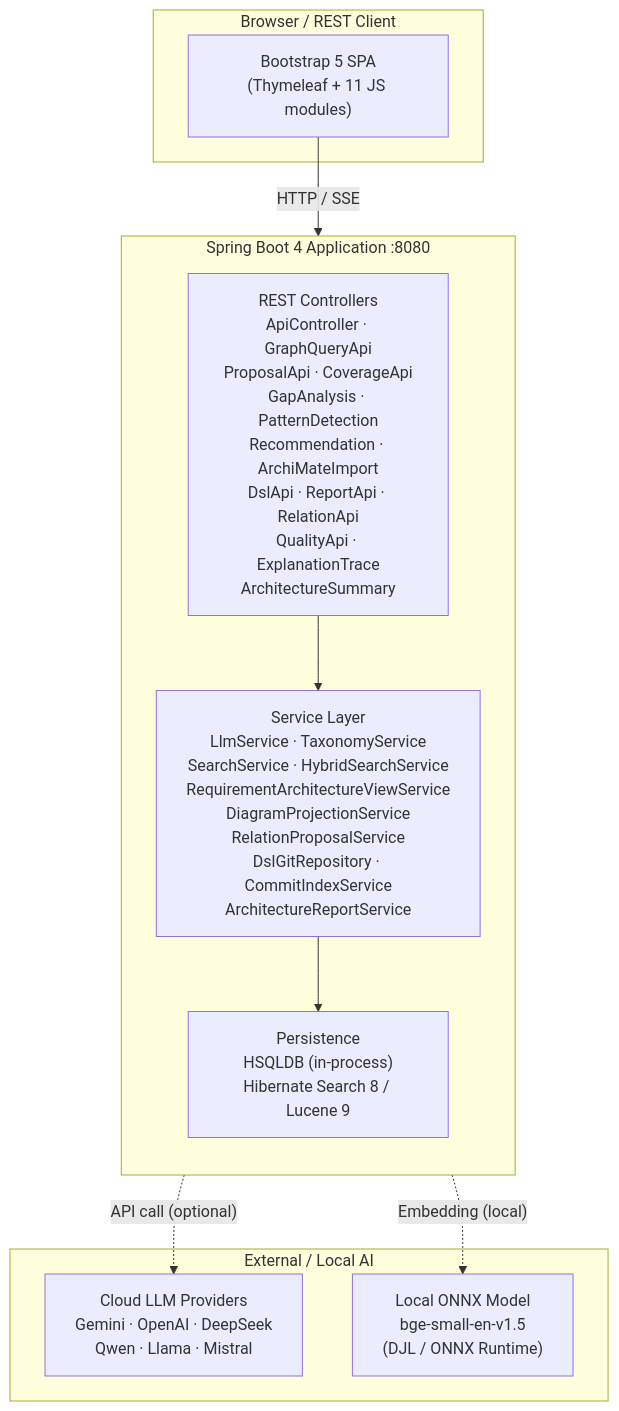
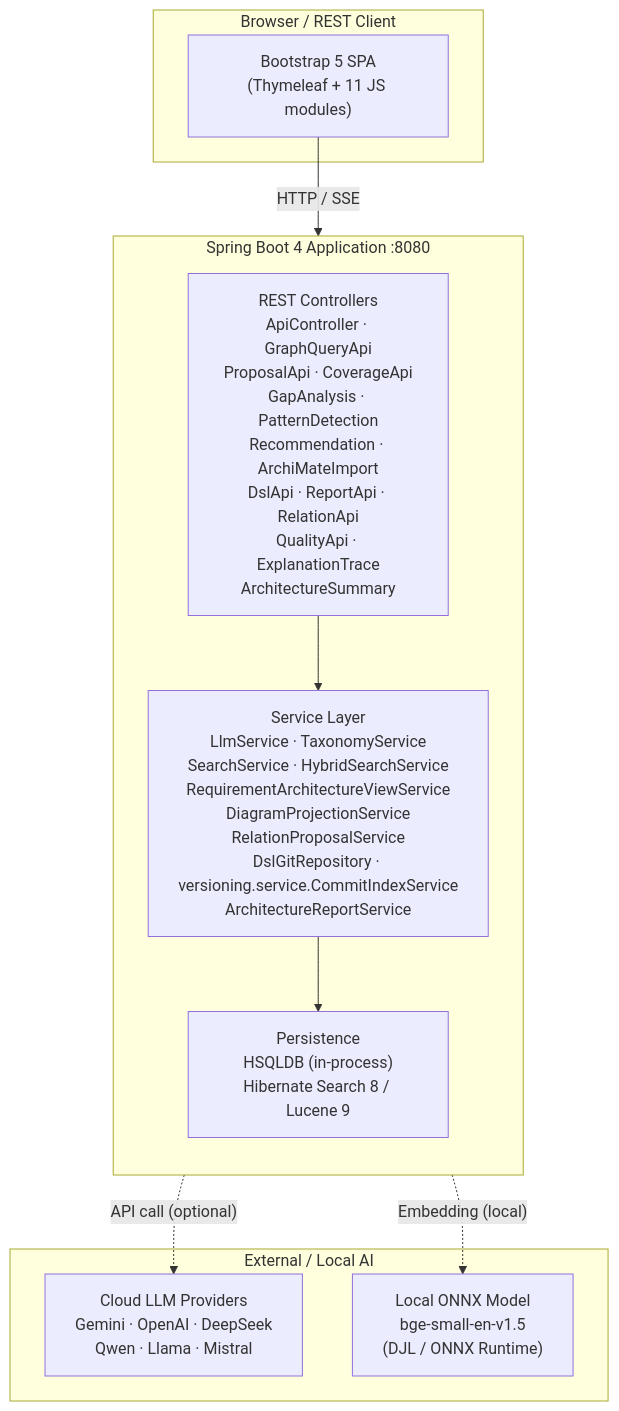
Before and after one commit to carstenartur/Taxonomy: the first of 5 diagrams in docs/en/ARCHITECTURE.md, drawn with Mermaid. The commit also changed other lines of this file and 4 other files, not shown here.

Commit message:
Clarify commit-history projection ownership in both developer guides

````diff
--- a/docs/en/ARCHITECTURE.md
+++ b/docs/en/ARCHITECTURE.md
@@ -59,24 +59,24 @@
 ```mermaid
 graph TB
     subgraph Client["Browser / REST Client"]
         UI["Bootstrap 5 SPA<br/>(Thymeleaf + 11 JS modules)"]
     end
 
     subgraph App["Spring Boot 4 Application :8080"]
         direction TB
         Controllers["REST Controllers<br/>ApiController · GraphQueryApi<br/>ProposalApi · CoverageApi<br/>GapAnalysis · PatternDetection<br/>Recommendation · ArchiMateImport<br/>DslApi · ReportApi · RelationApi<br/>QualityApi · ExplanationTrace<br/>ArchitectureSummary"]
-        Services["Service Layer<br/>LlmService · TaxonomyService<br/>SearchService · HybridSearchService<br/>RequirementArchitectureViewService<br/>DiagramProjectionService<br/>RelationProposalService<br/>DslGitRepository · CommitIndexService<br/>ArchitectureReportService"]
+        Services["Service Layer<br/>LlmService · TaxonomyService<br/>SearchService · HybridSearchService<br/>RequirementArchitectureViewService<br/>DiagramProjectionService<br/>RelationProposalService<br/>DslGitRepository · versioning.service.CommitIndexService<br/>ArchitectureReportService"]
         Persistence["Persistence<br/>HSQLDB (in-process)<br/>Hibernate Search 8 / Lucene 9"]
     end
 
     subgraph External["External / Local AI"]
         LLM["Cloud LLM Providers<br/>Gemini · OpenAI · DeepSeek<br/>Qwen · Llama · Mistral"]
         ONNX["Local ONNX Model<br/>bge-small-en-v1.5<br/>(DJL / ONNX Runtime)"]
     end
 
     UI -->|"HTTP / SSE"| Controllers
     Controllers --> Services
     Services --> Persistence
     Services -.->|"API call (optional)"| LLM
     Services -.->|"Embedding (local)"| ONNX
 ```
````
